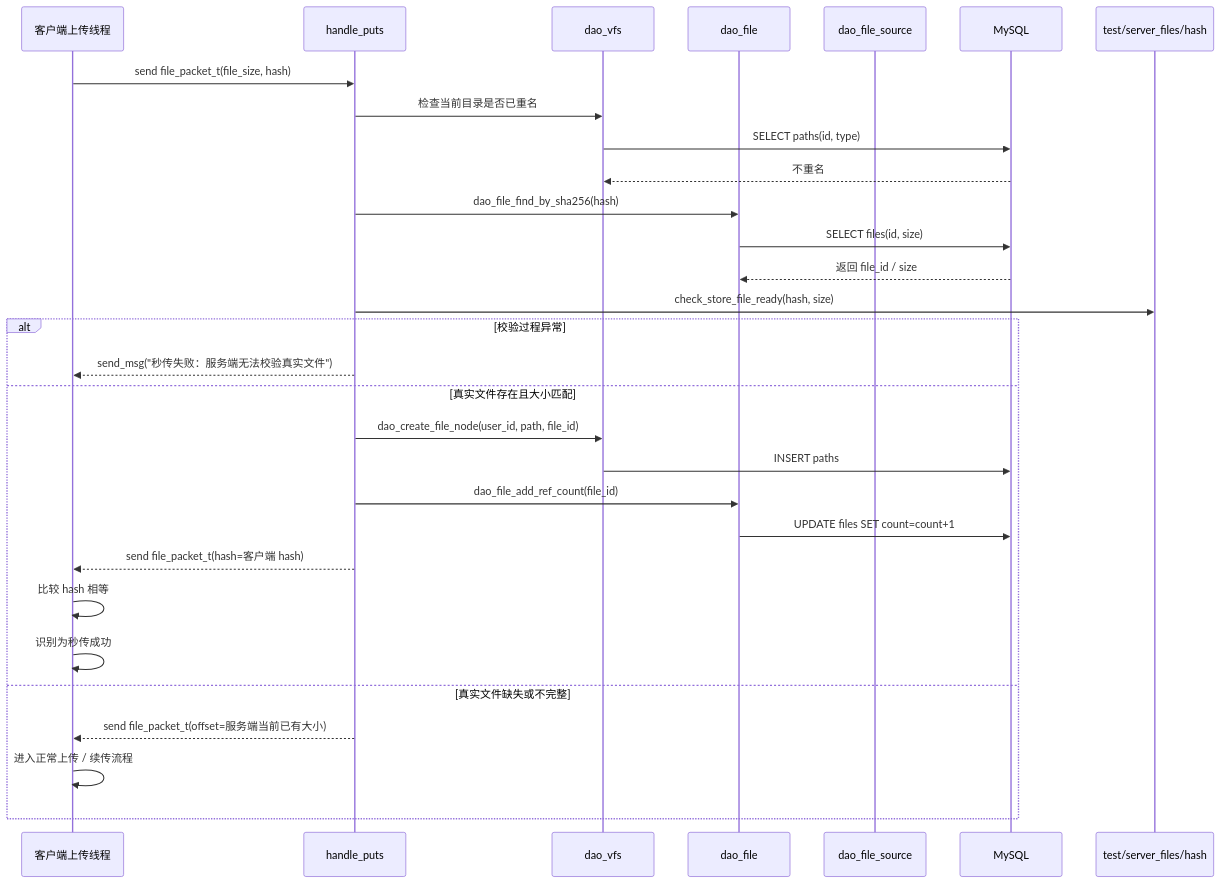
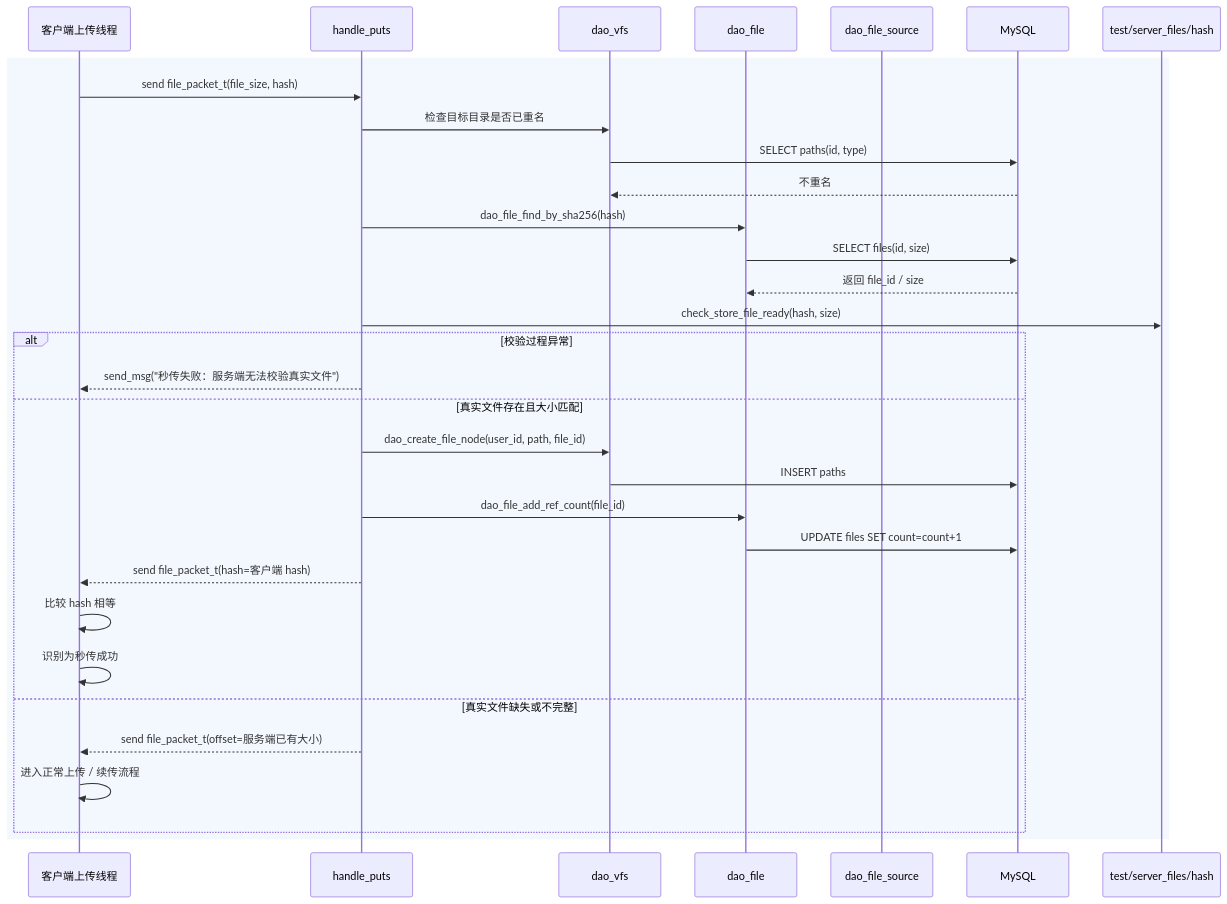
Before and after one commit to panlong-studio/WindCloud_V4: the seventh of 14 diagrams in docs/V5全流程时序图详解.md, drawn with Mermaid. The commit also changed other lines of this file and 5 other files, not shown here.

````diff
--- a/docs/V5全流程时序图详解.md
+++ b/docs/V5全流程时序图详解.md
@@ -498,33 +520,35 @@
 ```mermaid
 sequenceDiagram
     participant CPut as 客户端上传线程
     participant FT as handle_puts
     participant VFS as dao_vfs
     participant DF as dao_file
     participant FSrc as dao_file_source
     participant DB as MySQL
     participant Disk as test/server_files/hash
 
+    rect rgba(220, 235, 255, 0.35)
     CPut->>FT: send file_packet_t(file_size, hash)
-    FT->>VFS: 检查当前目录是否已重名
+    FT->>VFS: 检查目标目录是否已重名
     VFS->>DB: SELECT paths(id, type)
     DB-->>VFS: 不重名
     FT->>DF: dao_file_find_by_sha256(hash)
     DF->>DB: SELECT files(id, size)
     DB-->>DF: 返回 file_id / size
     FT->>Disk: check_store_file_ready(hash, size)
     alt 校验过程异常
         FT-->>CPut: send_msg("秒传失败：服务端无法校验真实文件")
     else 真实文件存在且大小匹配
         FT->>VFS: dao_create_file_node(user_id, path, file_id)
         VFS->>DB: INSERT paths
         FT->>DF: dao_file_add_ref_count(file_id)
         DF->>DB: UPDATE files SET count=count+1
         FT-->>CPut: send file_packet_t(hash=客户端 hash)
         CPut->>CPut: 比较 hash 相等
         CPut->>CPut: 识别为秒传成功
     else 真实文件缺失或不完整
-        FT-->>CPut: send file_packet_t(offset=服务端当前已有大小)
+        FT-->>CPut: send file_packet_t(offset=服务端已有大小)
         CPut->>CPut: 进入正常上传 / 续传流程
     end
+    end
 ```
````
